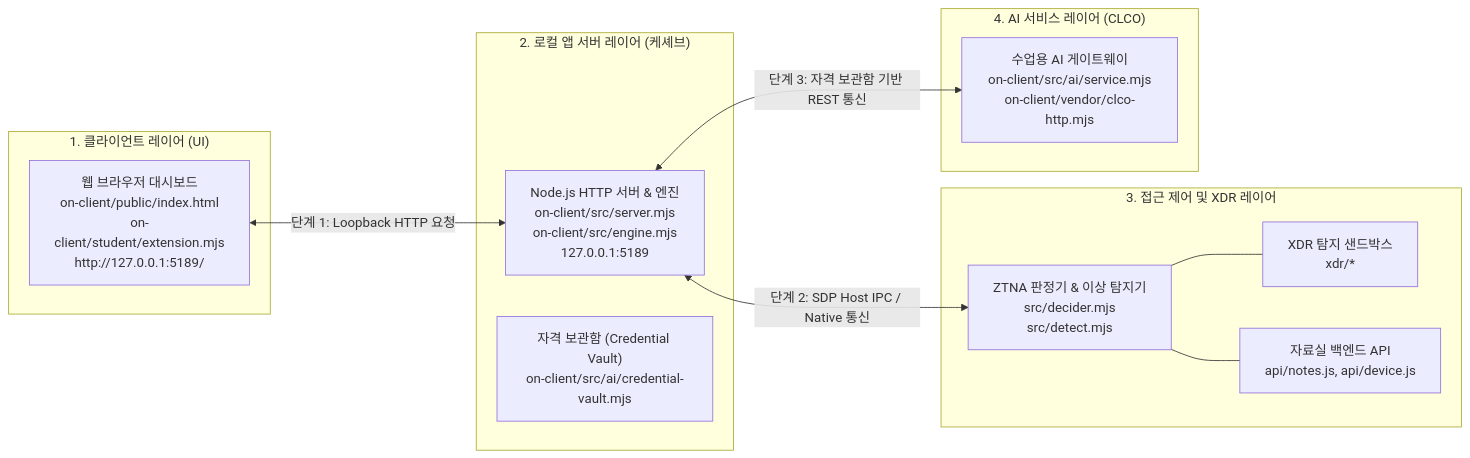
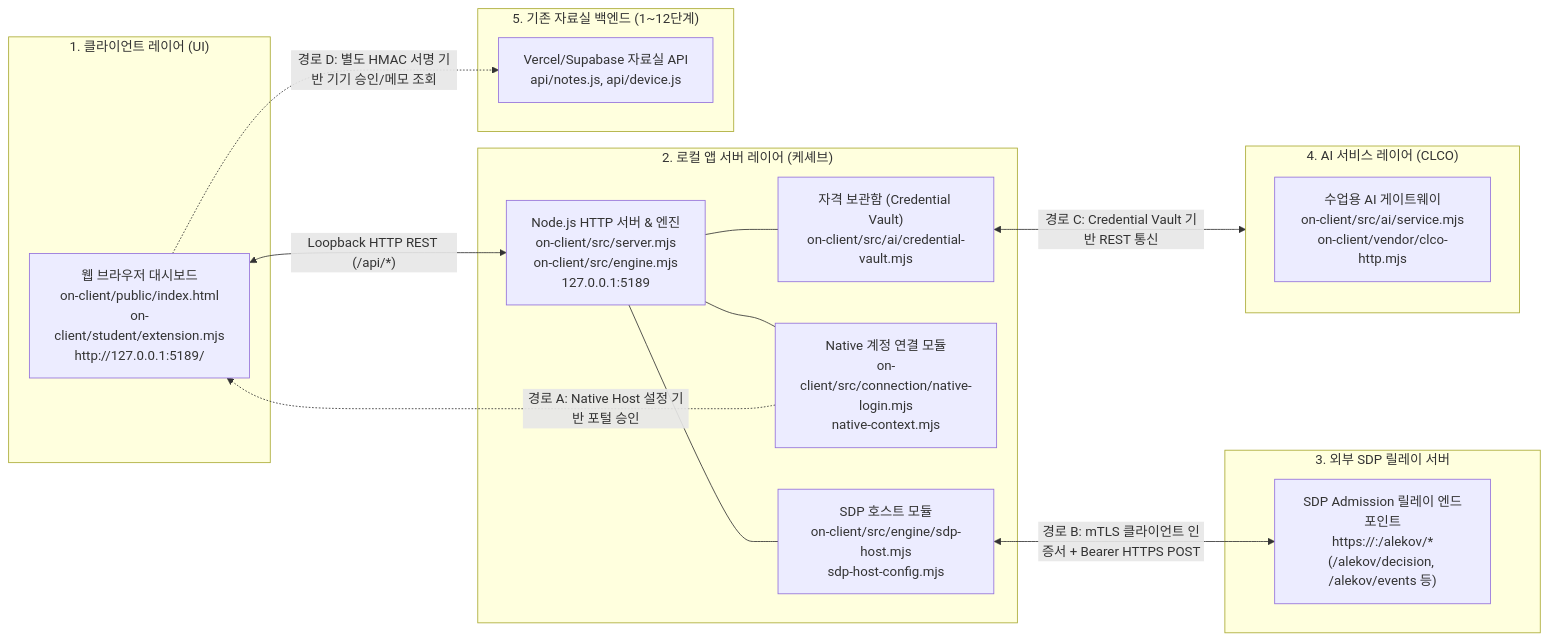
The diagram in docs/STUDENT_RUNBOOK.md (altdmfk/choi-bujang-secret-vault), drawn with Mermaid before and after one commit. The commit also changed other lines of this file and 1 other file, not shown here.

````diff
--- a/docs/STUDENT_RUNBOOK.md
+++ b/docs/STUDENT_RUNBOOK.md
@@ -31,27 +34,34 @@
 ```mermaid
 flowchart LR
-    subgraph Layer1["1. 클라이언트 레이어 (UI)"]
+    subgraph ClientLayer["1. 클라이언트 레이어 (UI)"]
         Browser["웹 브라우저 대시보드<br/>on-client/public/index.html<br/>on-client/student/extension.mjs<br/>http://127.0.0.1:5189/"]
     end
 
-    subgraph Layer2["2. 로컬 앱 서버 레이어 (케셰브)"]
-        Server["Node.js HTTP 서버 & 엔진<br/>on-client/src/server.mjs<br/>on-client/src/engine.mjs<br/>127.0.0.1:5189"]
+    subgraph LocalServer["2. 로컬 앱 서버 레이어 (케셰브)"]
+        AppServer["Node.js HTTP 서버 & 엔진<br/>on-client/src/server.mjs<br/>on-client/src/engine.mjs<br/>127.0.0.1:5189"]
+        SdpModule["SDP 호스트 모듈<br/>on-client/src/engine/sdp-host.mjs<br/>sdp-host-config.mjs"]
+        NativeModule["Native 계정 연결 모듈<br/>on-client/src/connection/native-login.mjs<br/>native-context.mjs"]
         Vault["자격 보관함 (Credential Vault)<br/>on-client/src/ai/credential-vault.mjs"]
     end
 
-    subgraph Layer3["3. 접근 제어 및 XDR 레이어"]
-        Decider["ZTNA 판정기 & 이상 탐지기<br/>src/decider.mjs<br/>src/detect.mjs"]
-        XDR["XDR 탐지 샌드박스<br/>xdr/*"]
-        VaultAPI["자료실 백엔드 API<br/>api/notes.js, api/device.js"]
+    subgraph ExternalSDP["3. 외부 SDP 릴레이 서버"]
+        SDPRelay["SDP Admission 릴레이 엔드포인트<br/>https://<host>:<port>/alekov/*<br/>(/alekov/decision, /alekov/events 등)"]
     end
 
-    subgraph Layer4["4. AI 서비스 레이어 (CLCO)"]
-        AIGateway["수업용 AI 게이트웨이<br/>on-client/src/ai/service.mjs<br/>on-client/vendor/clco-http.mjs"]
+    subgraph AIGateway["4. AI 서비스 레이어 (CLCO)"]
+        CLCO["수업용 AI 게이트웨이<br/>on-client/src/ai/service.mjs<br/>on-client/vendor/clco-http.mjs"]
     end
 
-    Browser <-->|"단계 1: Loopback HTTP 요청"| Server
-    Server <-->|"단계 2: SDP Host IPC / Native 통신"| Decider
-    Server <-->|"단계 3: 자격 보관함 기반 REST 통신"| AIGateway
-    Decider --- XDR
-    Decider --- VaultAPI
+    subgraph LegacyVault["5. 기존 자료실 백엔드 (1~12단계)"]
+        VaultAPI["Vercel/Supabase 자료실 API<br/>api/notes.js, api/device.js"]
+    end
+
+    Browser <-->|"Loopback HTTP REST (/api/*)"| AppServer
+    AppServer --- NativeModule
+    AppServer --- SdpModule
+    AppServer --- Vault
+    NativeModule -.->|"경로 A: Native Host 설정 기반 포털 승인"| Browser
+    SdpModule <-->|"경로 B: mTLS 클라이언트 인증서 + Bearer HTTPS POST"| SDPRelay
+    Vault <-->|"경로 C: Credential Vault 기반 REST 통신"| AIGateway
+    Browser -.->|"경로 D: 별도 HMAC 서명 기반 기기 승인/메모 조회"| VaultAPI
 ```
````
